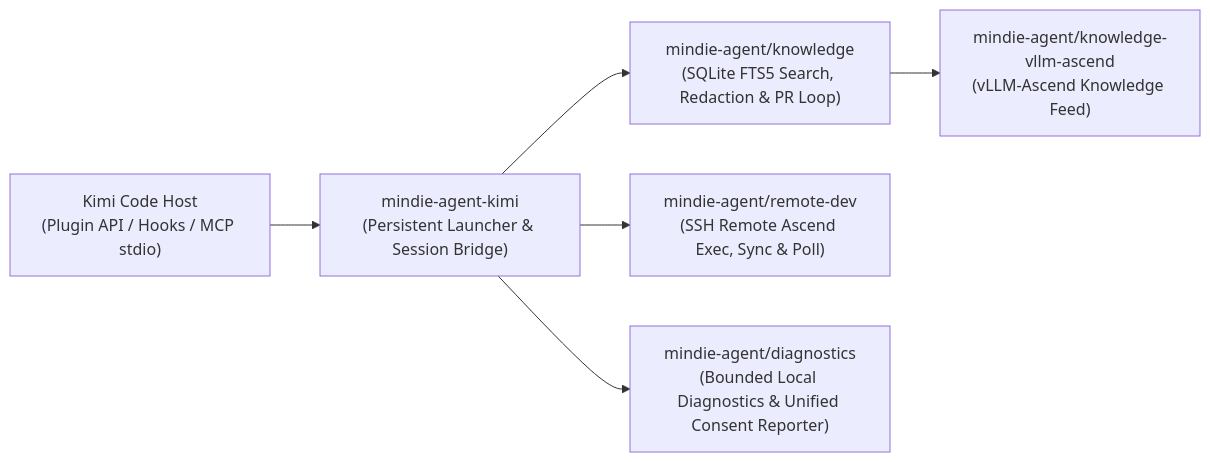
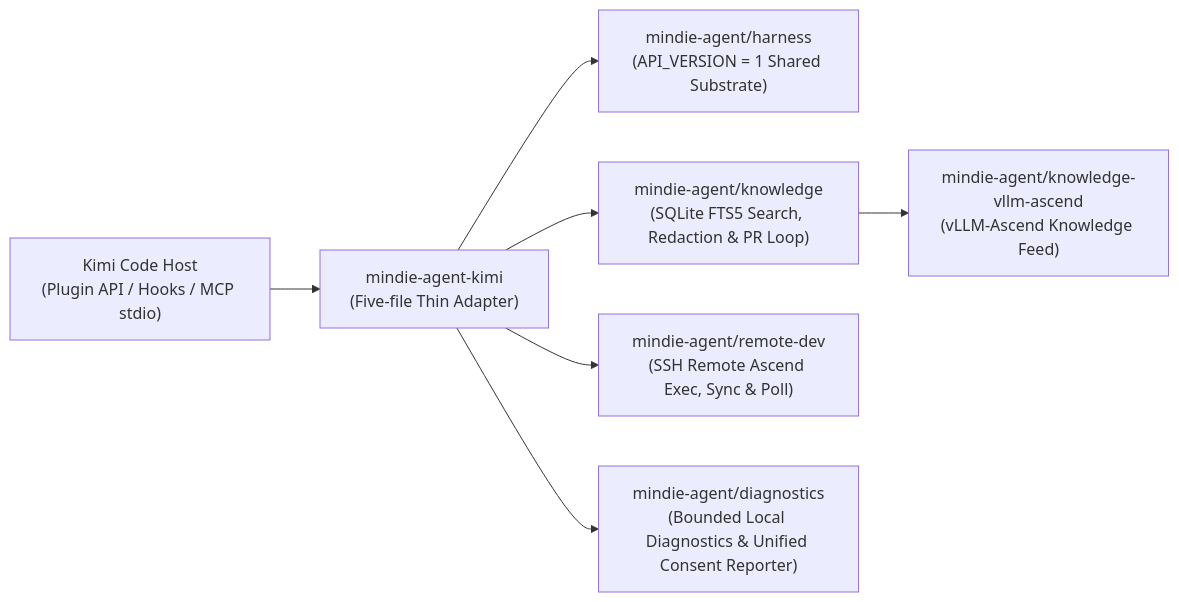
The diagram in README.en.md (mindie-agent/mindie-agent-kimi), drawn with Mermaid before and after one commit. The commit also changed other lines of this file and 153 other files, not shown here.

First line of the commit message:
feat(ux): Great Subtraction thin host plugin, 1:1 remote profile, and 3-tier privacy (v0.1.31) (#88)

````diff
--- a/README.en.md
+++ b/README.en.md
@@ -225,8 +193,9 @@
 ```mermaid
 flowchart LR
-  Kimi["Kimi Code Host<br/>(Plugin API / Hooks / MCP stdio)"] --> Launcher["mindie-agent-kimi<br/>(Persistent Launcher & Session Bridge)"]
+  Kimi["Kimi Code Host<br/>(Plugin API / Hooks / MCP stdio)"] --> Launcher["mindie-agent-kimi<br/>(Five-file Thin Adapter)"]
+  Launcher --> Harness["mindie-agent/harness<br/>(API_VERSION = 1 Shared Substrate)"]
   Launcher --> Knowledge["mindie-agent/knowledge<br/>(SQLite FTS5 Search, Redaction & PR Loop)"]
   Knowledge --> Feed["mindie-agent/knowledge-vllm-ascend<br/>(vLLM-Ascend Knowledge Feed)"]
   Launcher --> RemoteDev["mindie-agent/remote-dev<br/>(SSH Remote Ascend Exec, Sync & Poll)"]
   Launcher --> Diagnostics["mindie-agent/diagnostics<br/>(Bounded Local Diagnostics & Unified Consent Reporter)"]
 ```
````
